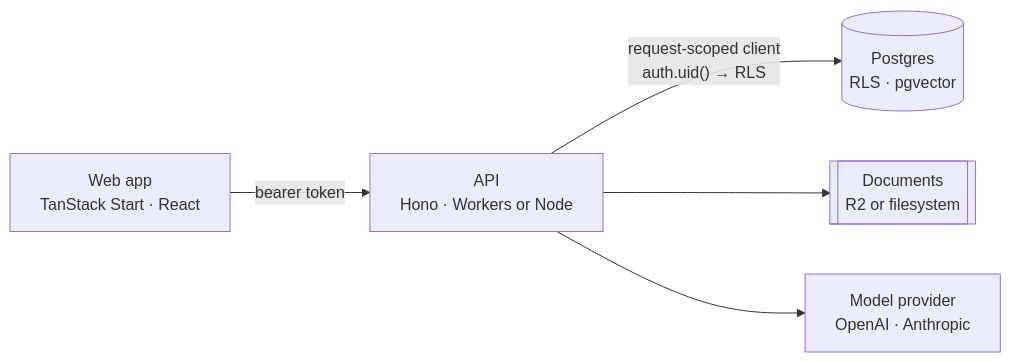
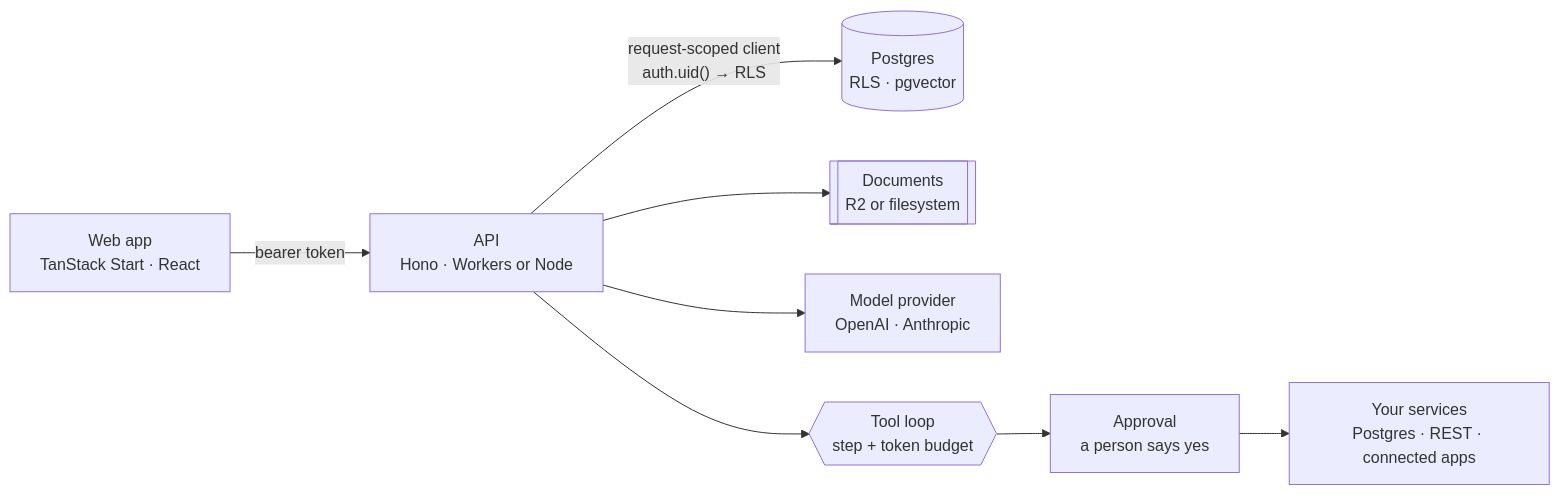
One commit to covan-ai/covan changed the diagram in README.md. Above: the diagram before and after it, drawn with Mermaid. The commit also changed other lines of this file and 1 other file, not shown here.

````diff
--- a/README.md
+++ b/README.md
@@ -131,13 +88,19 @@
 ```mermaid
 flowchart LR
   WEB["Web app<br/>TanStack Start · React"]
   API["API<br/>Hono · Workers or Node"]
   DB[("Postgres<br/>RLS · pgvector")]
   STORE[["Documents<br/>R2 or filesystem"]]
   LLM["Model provider<br/>OpenAI · Anthropic"]
+  LOOP{{"Tool loop<br/>step + token budget"}}
+  YES["Approval<br/>a person says yes"]
+  SVC["Your services<br/>Postgres · REST · connected apps"]
 
   WEB -->|"bearer token"| API
   API -->|"request-scoped client<br/>auth.uid() → RLS"| DB
   API --> STORE
   API --> LLM
+  API --> LOOP
+  LOOP --> YES
+  YES --> SVC
 ```
````
